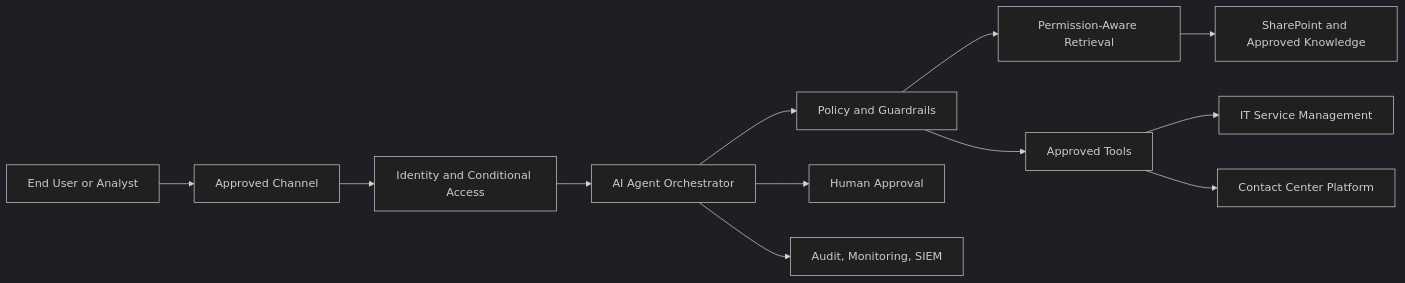
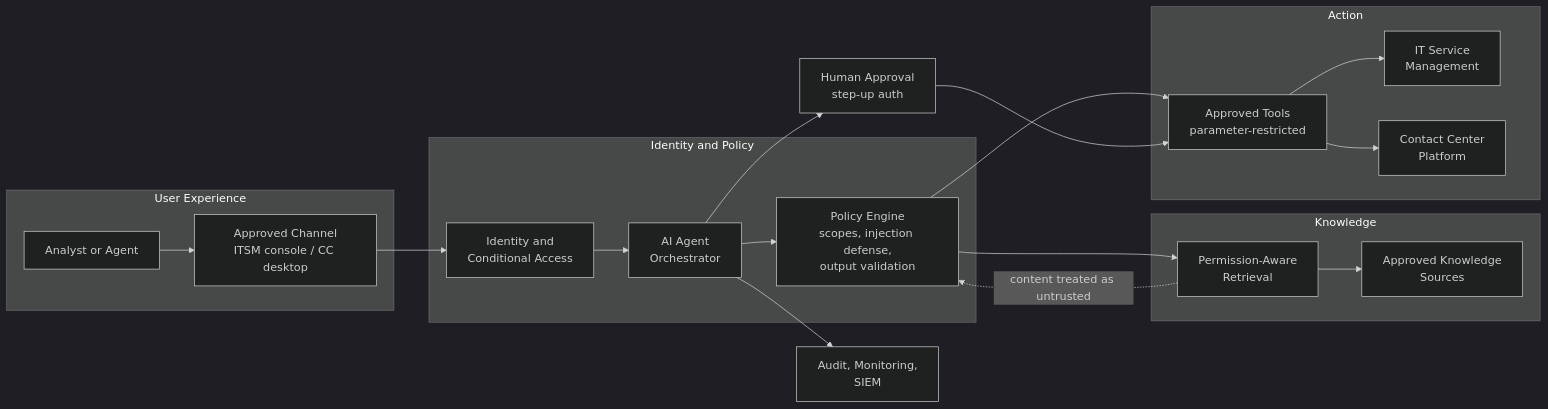
Before and after one commit to jdmc-services/enterprise-ai-agent-readiness: the diagram in diagrams/agent-assist-architecture.mmd, drawn with Mermaid (dark theme). The commit also changed 35 other files, not shown here.

```diff
--- a/diagrams/agent-assist-architecture.mmd
+++ b/diagrams/agent-assist-architecture.mmd
@@ -1,12 +1,22 @@
 flowchart LR
-    U[End User or Analyst] --> CH[Approved Channel]
-    CH --> ID[Identity and Conditional Access]
-    ID --> ORCH[AI Agent Orchestrator]
-    ORCH --> POL[Policy and Guardrails]
-    POL --> RAG[Permission-Aware Retrieval]
-    RAG --> SP[SharePoint and Approved Knowledge]
-    POL --> TOOLS[Approved Tools]
-    TOOLS --> ITSM[IT Service Management]
-    TOOLS --> CC[Contact Center Platform]
-    ORCH --> HUMAN[Human Approval]
-    ORCH --> OBS[Audit, Monitoring, SIEM]
+    subgraph UX[User Experience]
+        U[Analyst or Agent] --> CH[Approved Channel<br/>ITSM console / CC desktop]
+    end
+    subgraph TRUST[Identity and Policy]
+        CH --> ID[Identity and<br/>Conditional Access]
+        ID --> ORCH[AI Agent<br/>Orchestrator]
+        ORCH --> POL[Policy Engine<br/>scopes, injection defense,<br/>output validation]
+    end
+    subgraph KNOW[Knowledge]
+        POL --> RAG[Permission-Aware<br/>Retrieval]
+        RAG --> KB[Approved Knowledge<br/>Sources]
+    end
+    subgraph ACT[Action]
+        POL --> TOOLS[Approved Tools<br/>parameter-restricted]
+        TOOLS --> ITSM[IT Service<br/>Management]
+        TOOLS --> CC[Contact Center<br/>Platform]
+    end
+    ORCH --> HUMAN[Human Approval<br/>step-up auth]
+    HUMAN --> TOOLS
+    ORCH --> OBS[Audit, Monitoring,<br/>SIEM]
+    RAG -. content treated as untrusted .-> POL
```
